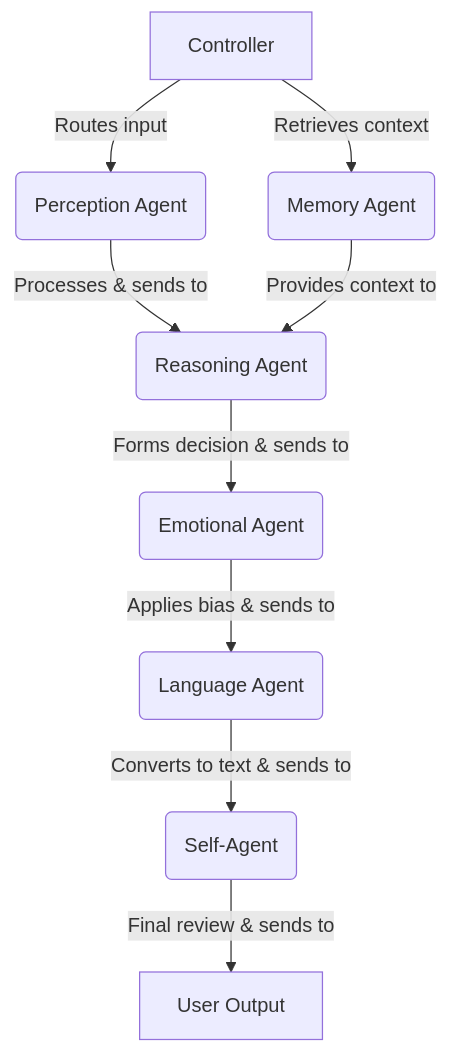
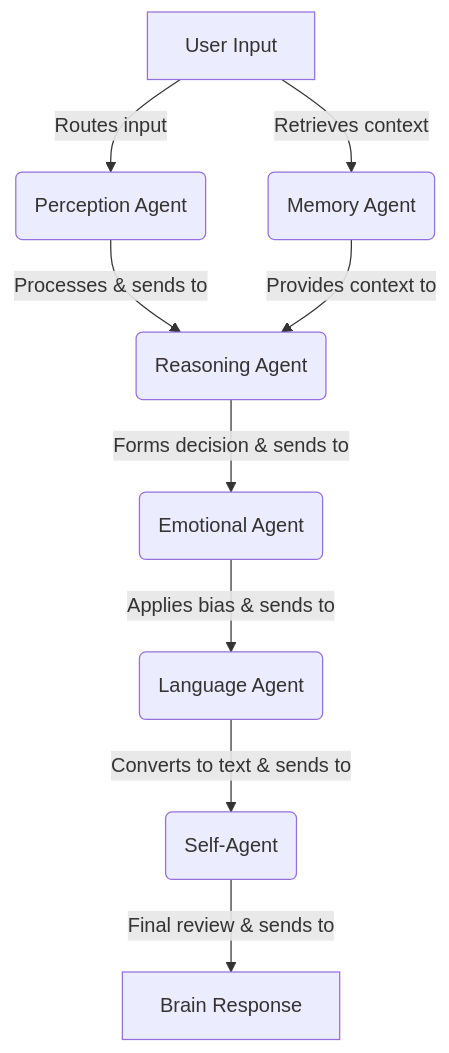
Before and after one commit to Elevator-Robot/brainincup: the first of 2 diagrams in README.md, drawn with Mermaid. The commit also changed other lines of this file and 12 other files, not shown here.

````diff
--- a/README.md
+++ b/README.md
@@ -17,13 +31,13 @@
-  ```mermaid
+```mermaid
 graph TD
-    A[Controller] -->|Routes input| B(Perception Agent)
+    A[User Input] -->|Routes input| B(Perception Agent)
     A -->|Retrieves context| C(Memory Agent)
     
     B -->|Processes & sends to| D(Reasoning Agent)
     C -->|Provides context to| D
     
     D -->|Forms decision & sends to| E(Emotional Agent)
     E -->|Applies bias & sends to| F(Language Agent)
     F -->|Converts to text & sends to| G(Self-Agent)
-    G -->|Final review & sends to| H[User Output]
-  ```
+    G -->|Final review & sends to| H[Brain Response]
+```
````
